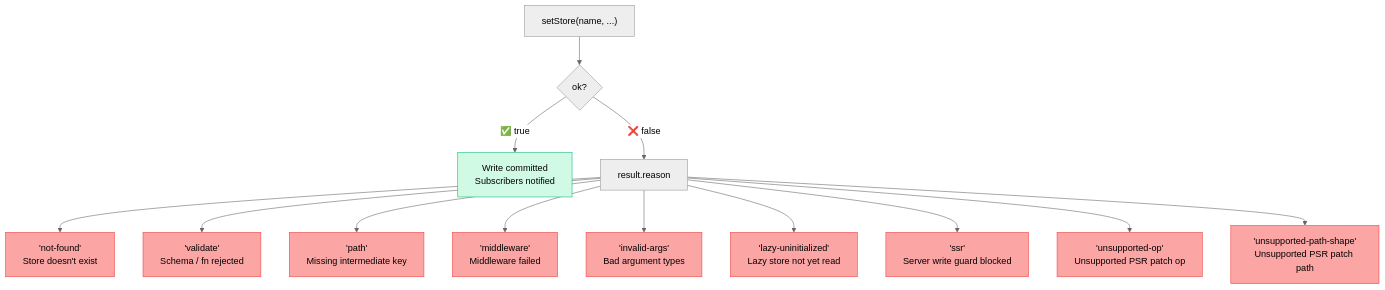
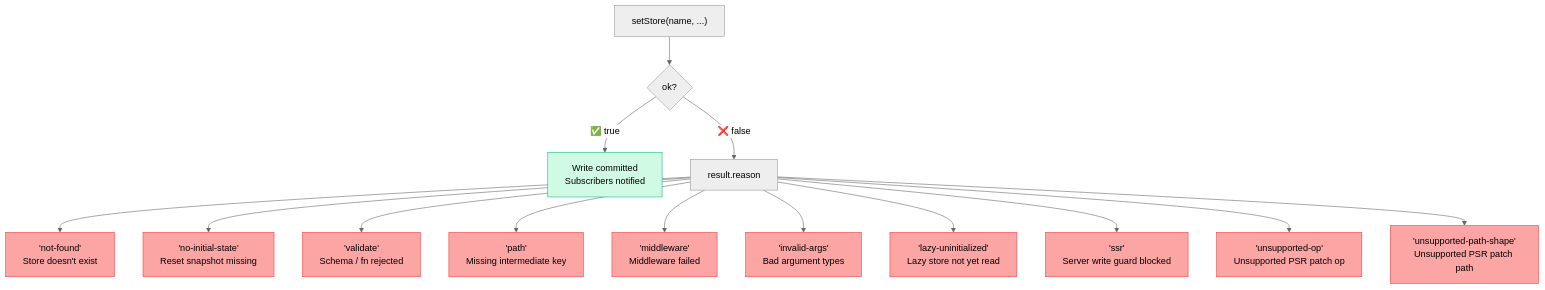
The tenth of 10 diagrams in docs/STROID_CORE/INDEX.md (Himesh-Bhattarai/stroid), drawn with Mermaid (neutral theme) before and after one commit. The commit also changed other lines of this file and 13 other files, not shown here.

First line of the commit message:
status(601): fix resetStore reason and document runtime caveats

````diff
--- a/docs/STROID_CORE/INDEX.md
+++ b/docs/STROID_CORE/INDEX.md
@@ -681,29 +685,31 @@
 ```mermaid
 flowchart TD
     WRITE["setStore(name, ...)"]
 
     WRITE --> OK{"ok?"}
     OK -- "✅ true" --> SUCCESS["Write committed\nSubscribers notified"]
     OK -- "❌ false" --> REASON["result.reason"]
 
     REASON --> R1["'not-found'\nStore doesn't exist"]
-    REASON --> R2["'validate'\nSchema / fn rejected"]
-    REASON --> R3["'path'\nMissing intermediate key"]
-    REASON --> R4["'middleware'\nMiddleware failed"]
-    REASON --> R5["'invalid-args'\nBad argument types"]
-    REASON --> R6["'lazy-uninitialized'\nLazy store not yet read"]
-    REASON --> R7["'ssr'\nServer write guard blocked"]
-    REASON --> R8["'unsupported-op'\nUnsupported PSR patch op"]
-    REASON --> R9["'unsupported-path-shape'\nUnsupported PSR patch path"]
+    REASON --> R2["'no-initial-state'\nReset snapshot missing"]
+    REASON --> R3["'validate'\nSchema / fn rejected"]
+    REASON --> R4["'path'\nMissing intermediate key"]
+    REASON --> R5["'middleware'\nMiddleware failed"]
+    REASON --> R6["'invalid-args'\nBad argument types"]
+    REASON --> R7["'lazy-uninitialized'\nLazy store not yet read"]
+    REASON --> R8["'ssr'\nServer write guard blocked"]
+    REASON --> R9["'unsupported-op'\nUnsupported PSR patch op"]
+    REASON --> R10["'unsupported-path-shape'\nUnsupported PSR patch path"]
 
     style SUCCESS fill:#d1fae5,stroke:#10b981
     style R1 fill:#fca5a5,stroke:#ef4444
     style R2 fill:#fca5a5,stroke:#ef4444
     style R3 fill:#fca5a5,stroke:#ef4444
     style R4 fill:#fca5a5,stroke:#ef4444
     style R5 fill:#fca5a5,stroke:#ef4444
     style R6 fill:#fca5a5,stroke:#ef4444
     style R7 fill:#fca5a5,stroke:#ef4444
     style R8 fill:#fca5a5,stroke:#ef4444
     style R9 fill:#fca5a5,stroke:#ef4444
+    style R10 fill:#fca5a5,stroke:#ef4444
 ```
````
